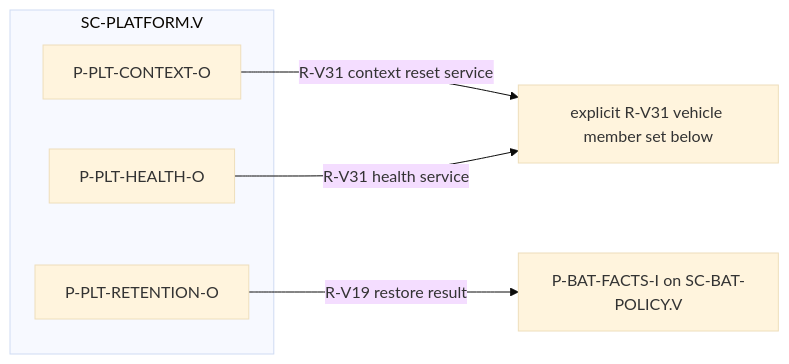
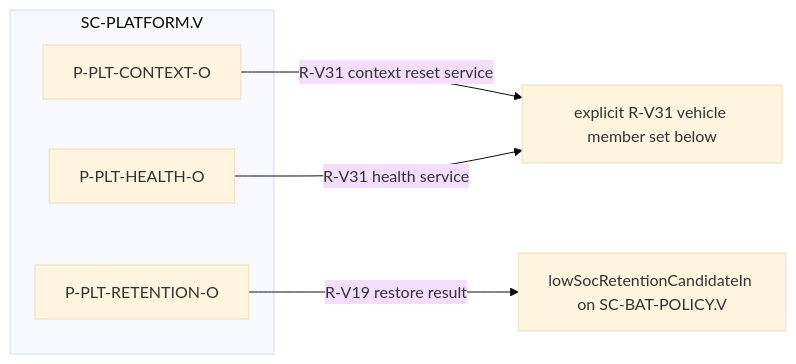
One commit to dhellhake/X2CityMCU changed the fourth of 4 diagrams in .devenv/Architecture/SoftwareArchitecture/ARCH-003_Software_Architecture.md. Above: the diagram before and after it, drawn with Mermaid (base theme). The commit also changed other lines of this file and 74 other files, not shown here.

````diff
--- a/.devenv/Architecture/SoftwareArchitecture/ARCH-003_Software_Architecture.md
+++ b/.devenv/Architecture/SoftwareArchitecture/ARCH-003_Software_Architecture.md
@@ -340,11 +346,11 @@
 ```mermaid
 flowchart LR
     subgraph PLT[SC-PLATFORM.V]
         PVCO[P-PLT-CONTEXT-O]
         PVRO[P-PLT-RETENTION-O]
         PVHO[P-PLT-HEALTH-O]
     end
     PVCO -->|R-V31 context reset service| VC[explicit R-V31 vehicle member set below]
     PVHO -->|R-V31 health service| VC
-    PVRO -->|R-V19 restore result| BP[P-BAT-FACTS-I on SC-BAT-POLICY.V]
+    PVRO -->|R-V19 restore result| BP[lowSocRetentionCandidateIn on SC-BAT-POLICY.V]
 ```
````
